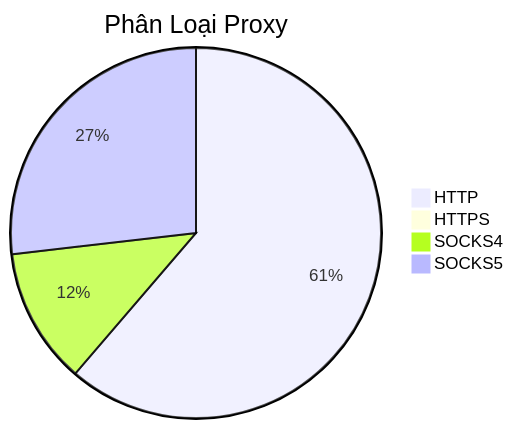
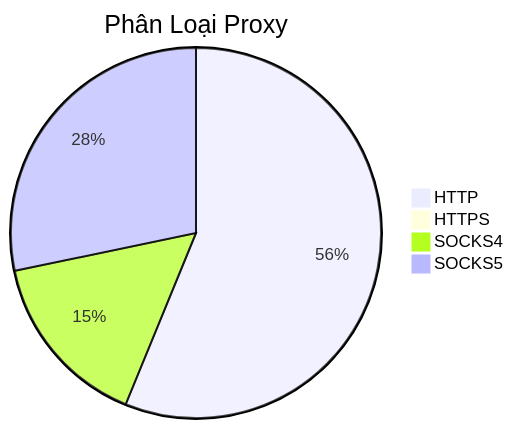
One commit to Ciara-12/PROXY-free changed the diagram in README.md. Above: the diagram before and after it, drawn with Mermaid. The commit also changed other lines of this file and 4 other files, not shown here.

````diff
--- a/README.md
+++ b/README.md
@@ -26,7 +26,7 @@
 ```mermaid
 pie title Phân Loại Proxy
-    "HTTP" : 749
-    "HTTPS" : 5
-    "SOCKS4" : 145
-    "SOCKS5" : 328
+    "HTTP" : 630
+    "HTTPS" : 4
+    "SOCKS4" : 174
+    "SOCKS5" : 317
 ```
````
